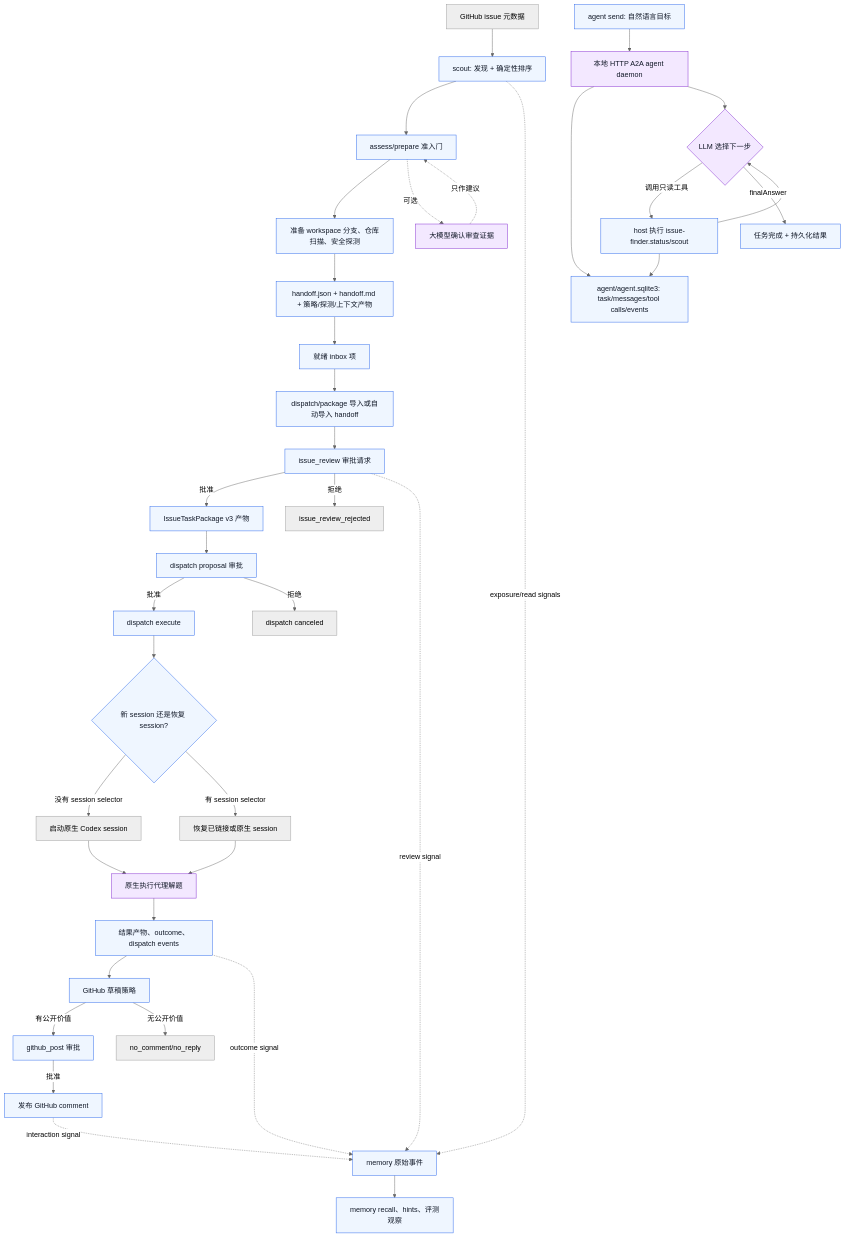
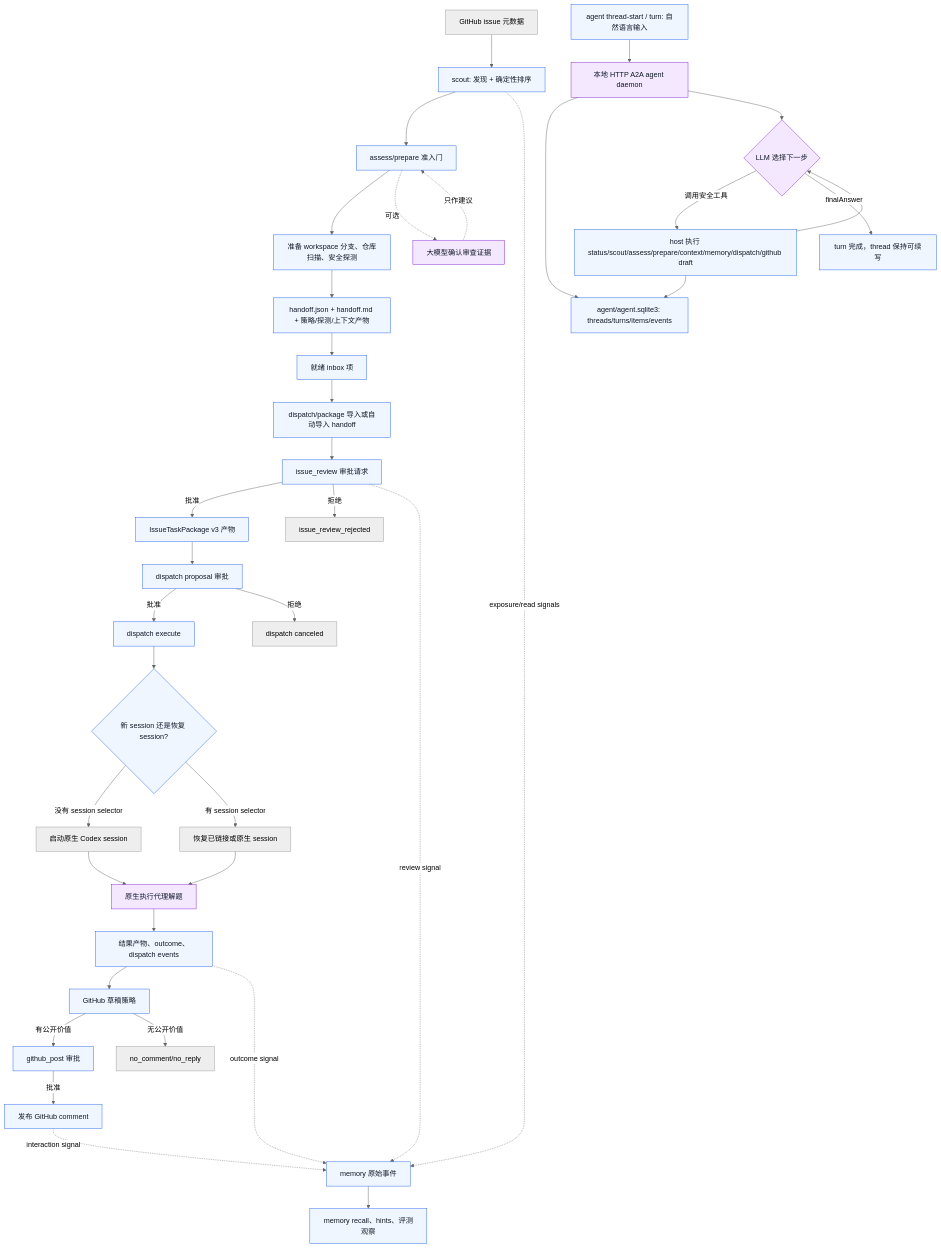
The diagram in docs/development/implementation-flow-drift-audit.md (lifuyue/issue-finder), drawn with Mermaid (neutral theme) before and after one commit. The commit also changed other lines of this file and 8 other files, not shown here.

Commit message:
Add resumable agent thread management

````diff
--- a/docs/development/implementation-flow-drift-audit.md
+++ b/docs/development/implementation-flow-drift-audit.md
@@ -35,49 +35,49 @@
 ```mermaid
 flowchart TD
     A["GitHub issue 元数据"] --> B["scout: 发现 + 确定性排序"]
     B --> C["assess/prepare 准入门"]
     C --> D["准备 workspace 分支、仓库扫描、安全探测"]
     D --> E["handoff.json + handoff.md + 策略/探测/上下文产物"]
     E --> F["就绪 inbox 项"]
 
     F --> G["dispatch/package 导入或自动导入 handoff"]
     G --> H["issue_review 审批请求"]
     H -->|批准| I["IssueTaskPackage v3 产物"]
     H -->|拒绝| J["issue_review_rejected"]
 
     I --> K["dispatch proposal 审批"]
     K -->|批准| L["dispatch execute"]
     K -->|拒绝| M["dispatch canceled"]
     L --> N{"新 session 还是恢复 session?"}
     N -->|没有 session selector| O["启动原生 Codex session"]
     N -->|有 session selector| P["恢复已链接或原生 session"]
     O --> Q["原生执行代理解题"]
     P --> Q
     Q --> R["结果产物、outcome、dispatch events"]
     R --> S["GitHub 草稿策略"]
     S -->|有公开价值| T["github_post 审批"]
     S -->|无公开价值| U["no_comment/no_reply"]
     T -->|批准| V["发布 GitHub comment"]
 
     B -. exposure/read signals .-> W["memory 原始事件"]
     H -. review signal .-> W
     R -. outcome signal .-> W
     V -. interaction signal .-> W
     W --> X["memory recall、hints、评测观察"]
 
     C -. 可选 .-> Y["大模型确认审查证据"]
     Y -. 只作建议 .-> C
 
-    AA["agent send: 自然语言目标"] --> AB["本地 HTTP A2A agent daemon"]
-    AB --> AC["agent/agent.sqlite3: task/messages/tool calls/events"]
+    AA["agent thread-start / turn: 自然语言输入"] --> AB["本地 HTTP A2A agent daemon"]
+    AB --> AC["agent/agent.sqlite3: threads/turns/items/events"]
     AB --> AD{"LLM 选择下一步"}
-    AD -->|调用只读工具| AE["host 执行 issue-finder.status/scout"]
+    AD -->|调用安全工具| AE["host 执行 status/scout/assess/prepare/context/memory/dispatch/github draft"]
     AE --> AC
     AE --> AD
-    AD -->|finalAnswer| AF["任务完成 + 持久化结果"]
+    AD -->|finalAnswer| AF["turn 完成，thread 保持可续写"]
 
     classDef agent fill:#f3e8ff,stroke:#7e22ce,color:#111827;
     classDef workflow fill:#eff6ff,stroke:#2563eb,color:#111827;
     class Q,Y,AB,AD agent;
     class B,C,D,E,F,G,H,I,K,L,N,R,S,T,V,W,X,AA,AC,AE,AF workflow;
 ```
````
